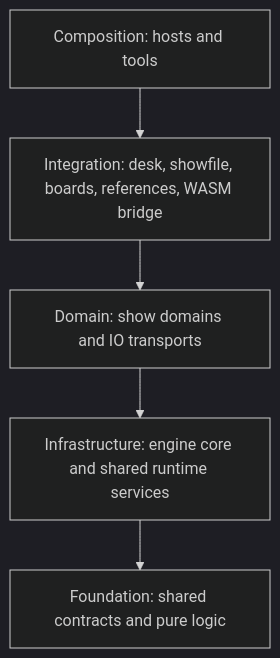
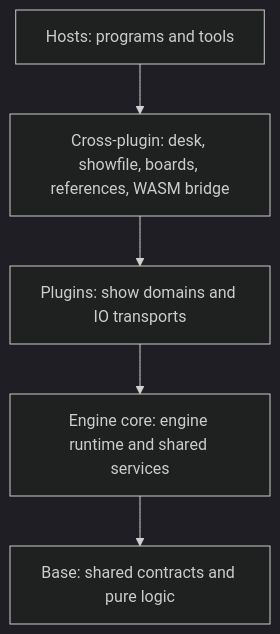
Before and after one commit to stewartadam/nightfall-lightdesk: the diagram in docs/internal/src/architecture/crate-map.md, drawn with Mermaid (dark theme). The commit also changed other lines of this file and 5 other files, not shown here.

First line of the commit message:
refactor(scripts:crate-boundaries): rename crate roles to layers

````diff
--- a/docs/internal/src/architecture/crate-map.md
+++ b/docs/internal/src/architecture/crate-map.md
@@ -16,11 +16,11 @@
 ```mermaid
 flowchart TB
-  accTitle: Crate roles and allowed dependencies
-  accDescr: Composition crates may depend on integration crates, which may depend on domain crates, which may depend on infrastructure crates, which may depend on foundation crates. Each role may also depend on any role further down. Domain crates may not depend on other domain crates.
-  composition[Composition: hosts and tools]
-  integration[Integration: desk, showfile, boards, references, WASM bridge]
-  domain[Domain: show domains and IO transports]
-  infrastructure[Infrastructure: engine core and shared runtime services]
-  foundation[Foundation: shared contracts and pure logic]
-  composition --> integration --> domain --> infrastructure --> foundation
+  accTitle: Crate layers and allowed dependencies
+  accDescr: Host crates may depend on cross-plugin crates, which may depend on plugin crates, which may depend on engine core crates, which may depend on base crates. Each layer may also depend on any layer further down. Plugin crates may not depend on other plugin crates.
+  hosts[Hosts: programs and tools]
+  crossPlugin[Cross-plugin: desk, showfile, boards, references, WASM bridge]
+  plugins[Plugins: show domains and IO transports]
+  engineCore[Engine core: engine runtime and shared services]
+  base[Base: shared contracts and pure logic]
+  hosts --> crossPlugin --> plugins --> engineCore --> base
 ```
````
